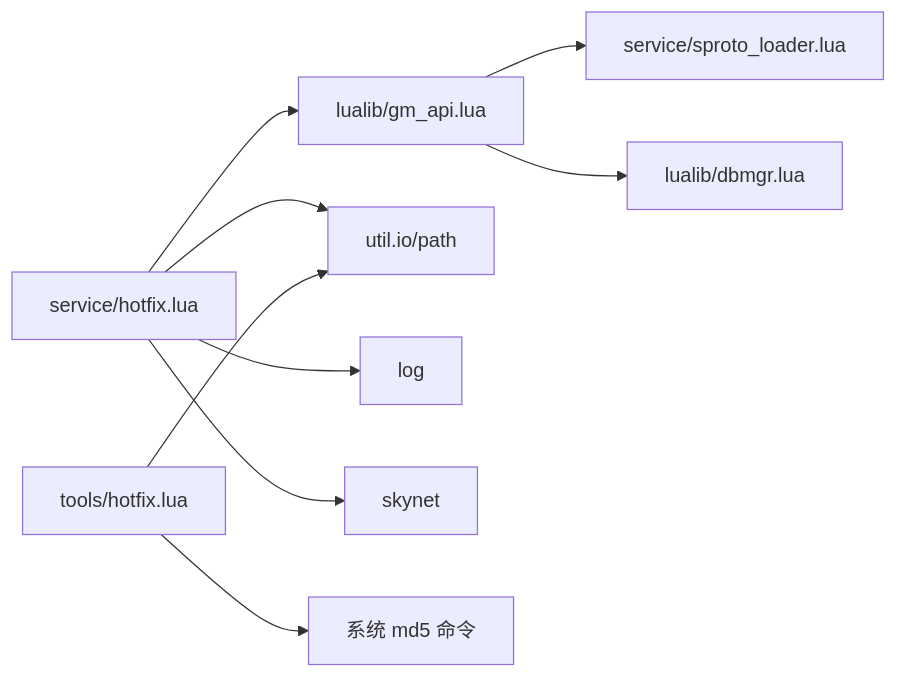
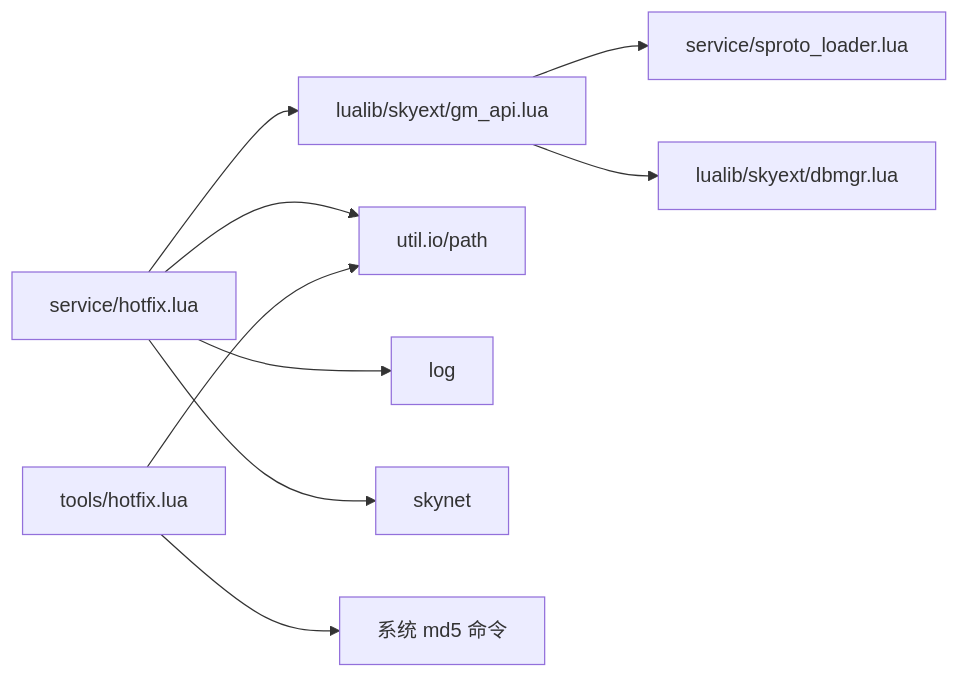
One commit to hanxi/skyext changed the fourth of 4 diagrams in docs/repowiki/zh/content/部署运维/热更新系统.md. Above: the diagram before and after it, drawn with Mermaid. The commit also changed other lines of this file and 117 other files, not shown here.

````diff
--- a/docs/repowiki/zh/content/部署运维/热更新系统.md
+++ b/docs/repowiki/zh/content/部署运维/热更新系统.md
@@ -283,11 +283,11 @@
 ```mermaid
 graph LR
-HF["service/hotfix.lua"] --> GA["lualib/gm_api.lua"]
+HF["service/hotfix.lua"] --> GA["lualib/skyext/gm_api.lua"]
 HF --> UI["util.io/path"]
 HF --> LOG["log"]
 HF --> SKY["skynet"]
 GA --> SP["service/sproto_loader.lua"]
-GA --> DB["lualib/dbmgr.lua"]
+GA --> DB["lualib/skyext/dbmgr.lua"]
 TOOLS["tools/hotfix.lua"] --> UI
 TOOLS --> CMD["系统 md5 命令"]
 ```
````
